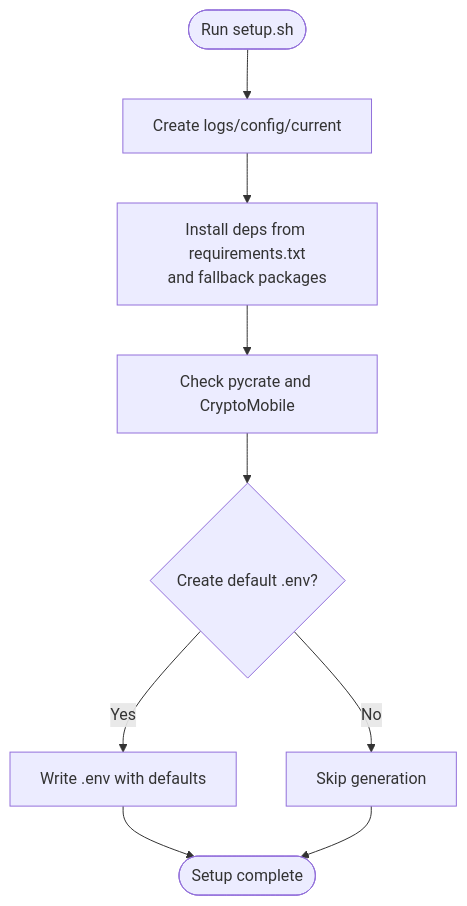
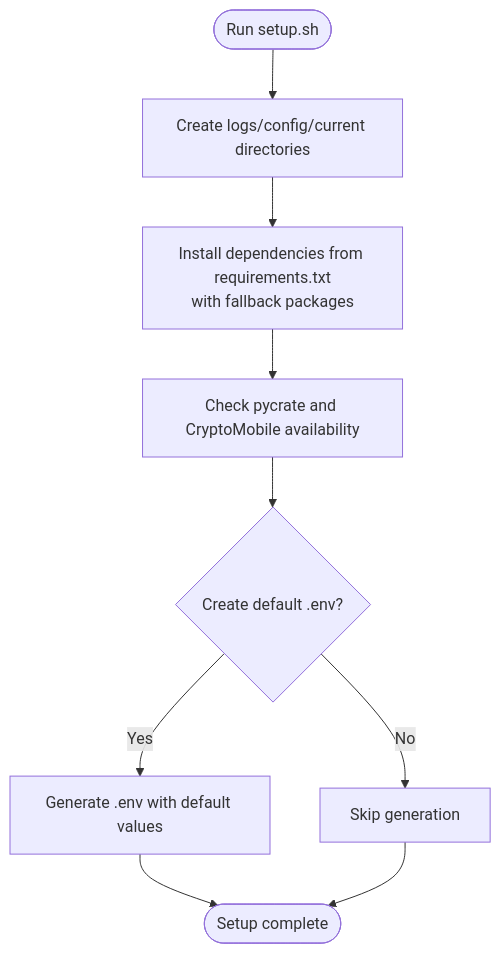
Before and after one commit to hackeryounow/coresimrunner: the third of 5 diagrams in .qoder/repowiki/en/content/Project Overview/Getting Started.md, drawn with Mermaid. The commit also changed other lines of this file and 6 other files, not shown here.

````diff
--- a/.qoder/repowiki/en/content/Project Overview/Getting Started.md
+++ b/.qoder/repowiki/en/content/Project Overview/Getting Started.md
@@ -128,11 +136,11 @@
 ```mermaid
 flowchart TD
-Start(["Run setup.sh"]) --> MkDirs["Create logs/config/current"]
-MkDirs --> InstallReqs["Install deps from requirements.txt<br/>and fallback packages"]
-InstallReqs --> CheckLibs["Check pycrate and CryptoMobile"]
+Start(["Run setup.sh"]) --> MkDirs["Create logs/config/current directories"]
+MkDirs --> InstallReqs["Install dependencies from requirements.txt<br/>with fallback packages"]
+InstallReqs --> CheckLibs["Check pycrate and CryptoMobile availability"]
 CheckLibs --> GenEnv{"Create default .env?"}
-GenEnv --> |Yes| WriteEnv["Write .env with defaults"]
+GenEnv --> |Yes| WriteEnv["Generate .env with default values"]
 GenEnv --> |No| SkipEnv["Skip generation"]
 WriteEnv --> Done(["Setup complete"])
 SkipEnv --> Done
 ```
````
